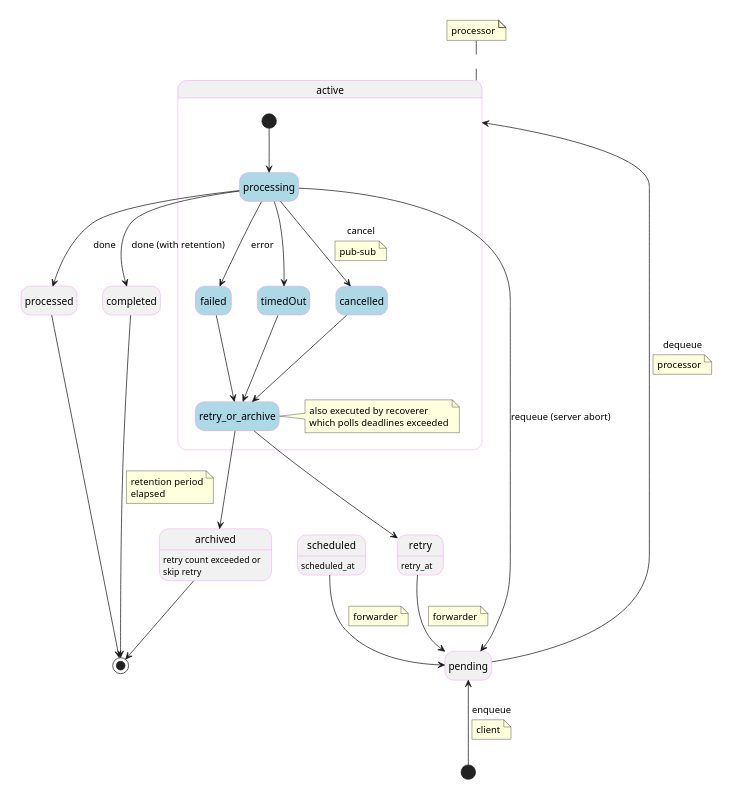
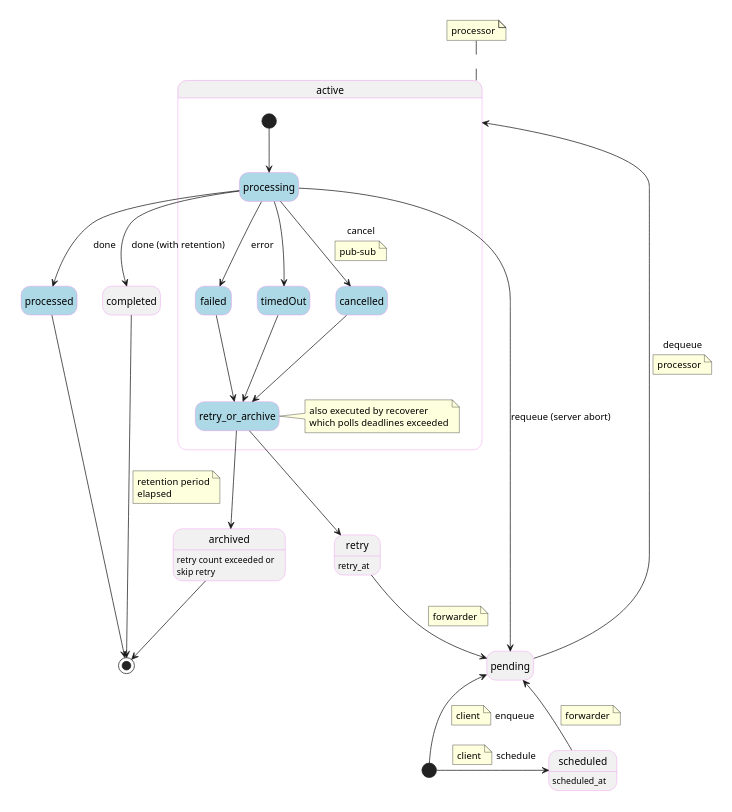
One commit to qluvio/asynq changed the diagram in docs/task_state.puml. Above: the diagram before and after it, drawn with PlantUML. The commit also changed 17 other files, not shown here.

```diff
--- a/docs/task_state.puml
+++ b/docs/task_state.puml
@@ -1,82 +1,88 @@
 @startuml
 'https://plantuml.com/state-diagram
 
 hide empty description
 scale 350 width
 skinparam State {
   BorderColor violet
   BackgroundColor<<active>> lightblue
 }
 
 [*] -up-> pending : enqueue
-note on link
+note left on link
   client
 end note
+
+[*] -right-> scheduled : schedule
+note left on link
+  client
+end note
+
 pending -left-> active : dequeue
 note on link
   processor
 end note
 
-state processed
+state processed #lightblue
 state completed
 state archived
 archived: retry count exceeded or
 archived: skip retry
 state retry
 retry: retry_at
 state scheduled
 scheduled: scheduled_at
 
 state active {
   [*] --> processing <<active>>
   processing --> pending : requeue (server abort)
   processing --> failed : error
   processing --> timedOut
   processing --> cancelled : cancel
   note on link
     pub-sub
   end note
 
   processing --> processed : done
   processing --> completed : done (with retention)
 
   state failed <<active>>
   state timedOut <<active>>
   state cancelled <<active>>
 
   failed --> retry_or_archive
   timedOut --> retry_or_archive
   cancelled --> retry_or_archive
 
   state retry_or_archive <<active>>
   note right of retry_or_archive
     also executed by recoverer
     which polls deadlines exceeded
   end note
   retry_or_archive --> archived
   retry_or_archive --> retry
 }
 note top of active
   processor
 end note
 
 retry --> pending
 note on link
   forwarder
 end note
 
 scheduled --> pending
 note on link
   forwarder
 end note
 
 'completed --> [*]
 processed --> [*]
 completed --> [*]
 note on link
   retention period
   elapsed
 end note
 archived --> [*]
 
 @enduml
```
